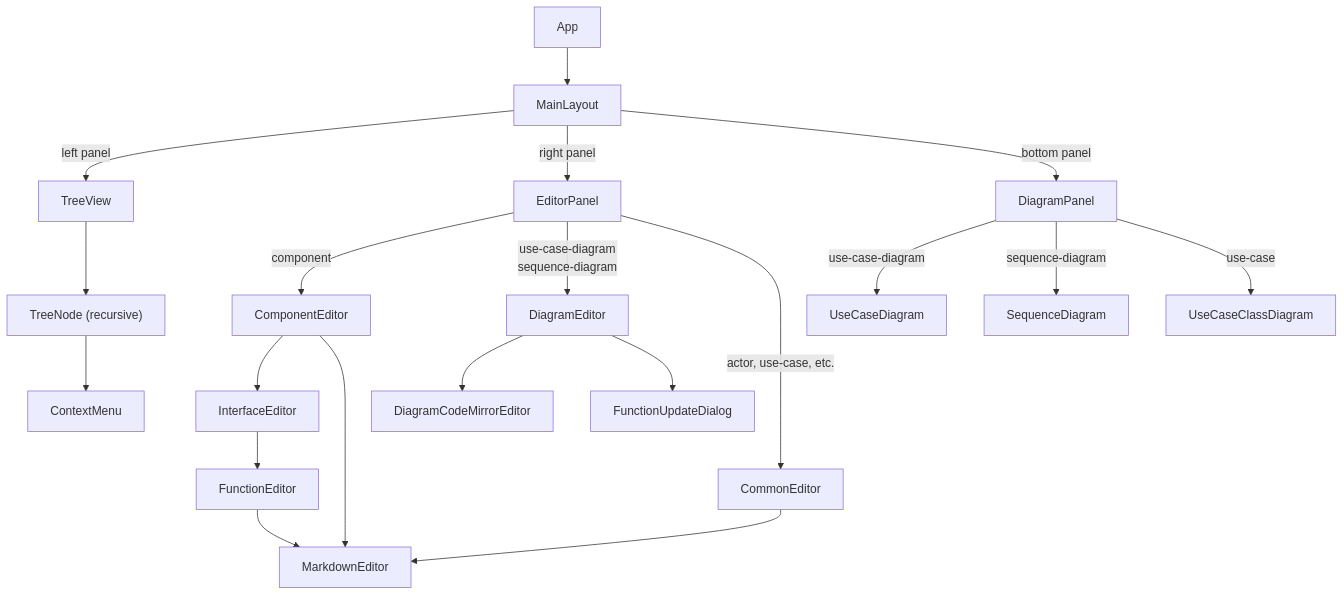
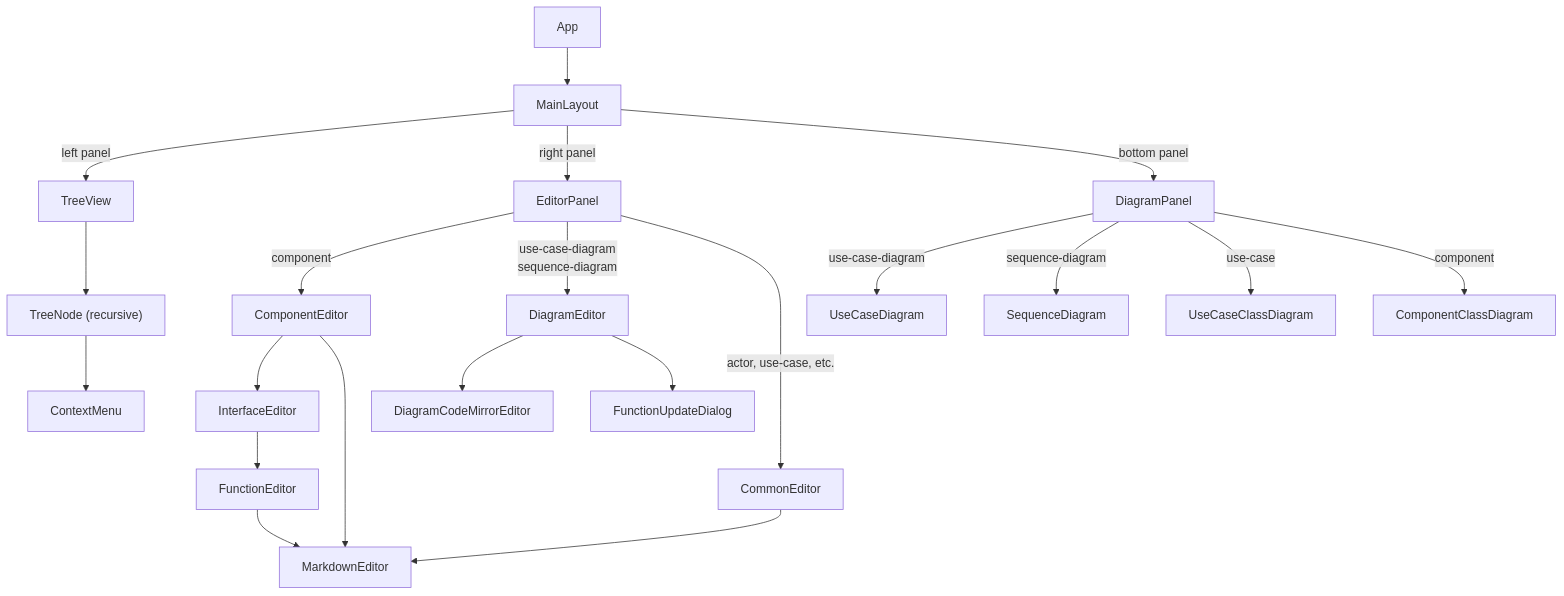
One commit to twinprime/integra changed the first of 2 diagrams in README.md. Above: the diagram before and after it, drawn with Mermaid. The commit also changed other lines of this file and 5 other files, not shown here.

First line of the commit message:
feat: add component class diagram showing interfaces and dependents

````diff
--- a/README.md
+++ b/README.md
@@ -407,28 +409,29 @@
 ```mermaid
 graph TD
     App --> MainLayout
 
     MainLayout -->|left panel| TreeView
     MainLayout -->|right panel| EditorPanel
     MainLayout -->|bottom panel| DiagramPanel
 
     TreeView --> TreeNode["TreeNode (recursive)"]
     TreeNode --> ContextMenu
 
     EditorPanel -->|component| ComponentEditor
     EditorPanel -->|"use-case-diagram<br>sequence-diagram"| DiagramEditor
     EditorPanel -->|actor, use-case, etc.| CommonEditor
 
     ComponentEditor --> InterfaceEditor
     ComponentEditor --> MarkdownEditor
     InterfaceEditor --> FunctionEditor
     FunctionEditor --> MarkdownEditor
     CommonEditor --> MarkdownEditor
 
     DiagramEditor --> DiagramCodeMirrorEditor
     DiagramEditor --> FunctionUpdateDialog
 
     DiagramPanel -->|use-case-diagram| UseCaseDiagram
     DiagramPanel -->|sequence-diagram| SequenceDiagram
     DiagramPanel -->|use-case| UseCaseClassDiagram
+    DiagramPanel -->|component| ComponentClassDiagram
 ```
````
